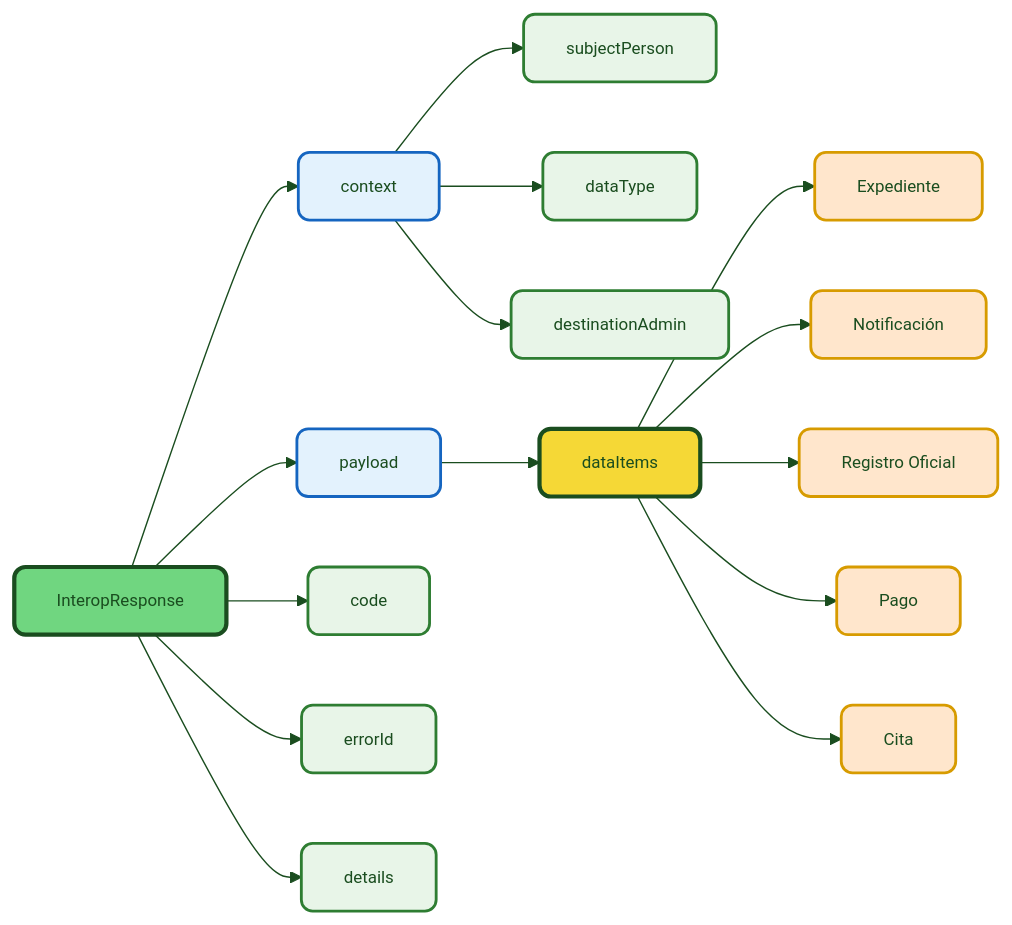
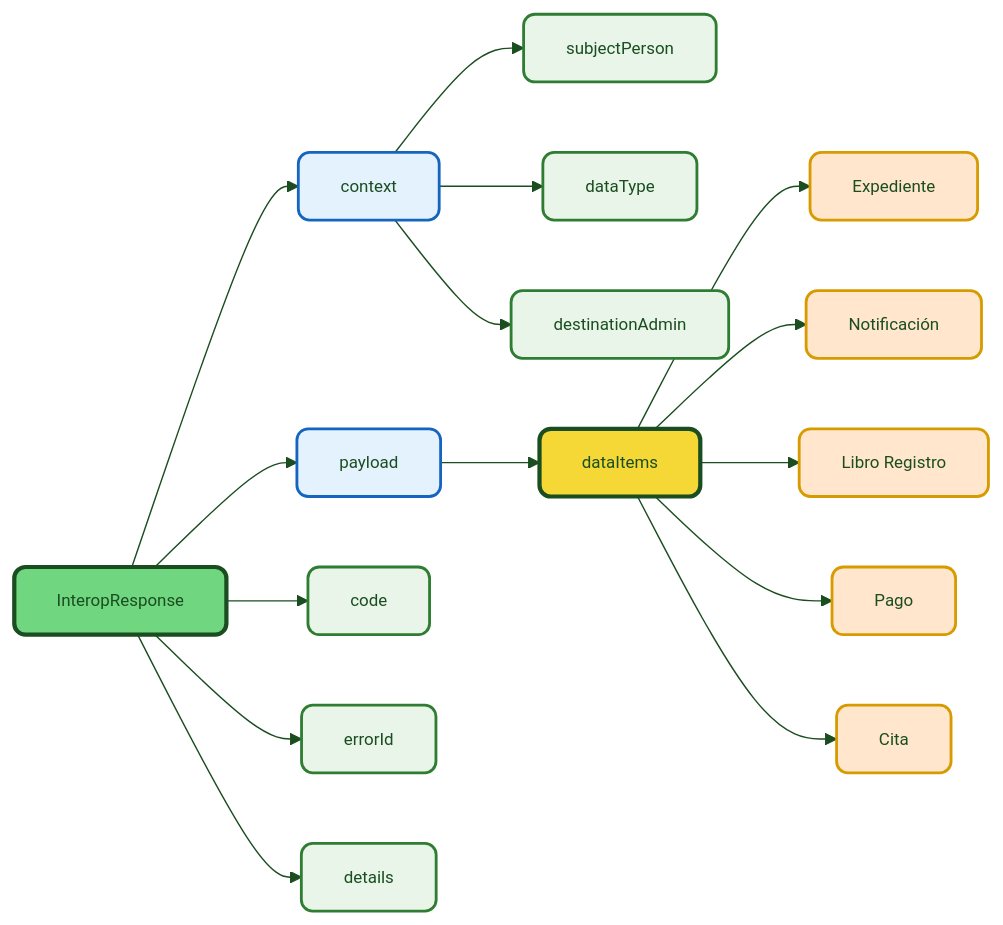
Before and after one commit to DENA-Euskadi/dena-euskadi.github.io: the third of 3 diagrams in docs/semantica/data-retrieve/index.md, drawn with Mermaid. The commit also changed other lines of this file and 75 other files, not shown here.

````diff
--- a/docs/semantica/data-retrieve/index.md
+++ b/docs/semantica/data-retrieve/index.md
@@ -305,52 +316,52 @@
 ```mermaid
 ---
 config:
   theme: base
   themeVariables:
     primaryColor: "#FFFFFF"
     primaryTextColor: "#1a4d1f"
     primaryBorderColor: "#70d680"
     lineColor: "#1a4d1f"
     fontSize: "12px"
     fontFamily: "Manrope, sans-serif"
 ---
 flowchart LR
     ROOT["InteropResponse"] --> CTX["context"]
     ROOT --> PAYLOAD["payload"]
     ROOT --> CODE["code"]
     ROOT --> ERRID["errorId"]
     ROOT --> DETAILS["details"]
 
     CTX --> PERSON["subjectPerson"]
     CTX --> DTYPE["dataType"]
     CTX --> DEST["destinationAdmin"]
 
     PAYLOAD --> ITEMS["dataItems"]
     ITEMS --> RECORD["Expediente"]
     ITEMS --> NOTICE["Notificación"]
-    ITEMS --> REGISTRY["Registro Oficial"]
+    ITEMS --> REGISTRY["Libro Registro"]
     ITEMS --> PAYMENT["Pago"]
     ITEMS --> SCHEDULE["Cita"]
 
     click RECORD "./data/expediente/" "Ver documentación de Expediente"
     click NOTICE "./data/notificacion/" "Ver documentación de Notificación"
-    click REGISTRY "./data/registro-oficial/" "Ver documentación de Registro Oficial"
+    click REGISTRY "./data/libro-registro/" "Ver documentación de Libro Registro"
     click PAYMENT "./data/pago/" "Ver documentación de Pagos"
     click SCHEDULE "./data/cita/" "Ver documentación de Cita"
 
     style ROOT fill:#70d680,stroke:#1a4d1f,color:#1a4d1f,stroke-width:3px,rx:8,ry:8
     style CTX fill:#e3f2fd,stroke:#1565c0,color:#1a4d1f,stroke-width:2px,rx:8,ry:8
     style PAYLOAD fill:#e3f2fd,stroke:#1565c0,color:#1a4d1f,stroke-width:2px,rx:8,ry:8
     style CODE fill:#e8f5e8,stroke:#2e7d32,color:#1a4d1f,stroke-width:2px,rx:8,ry:8
     style ERRID fill:#e8f5e8,stroke:#2e7d32,color:#1a4d1f,stroke-width:2px,rx:8,ry:8
     style DETAILS fill:#e8f5e8,stroke:#2e7d32,color:#1a4d1f,stroke-width:2px,rx:8,ry:8
     style PERSON fill:#e8f5e8,stroke:#2e7d32,color:#1a4d1f,stroke-width:2px,rx:8,ry:8
     style DTYPE fill:#e8f5e8,stroke:#2e7d32,color:#1a4d1f,stroke-width:2px,rx:8,ry:8
     style DEST fill:#e8f5e8,stroke:#2e7d32,color:#1a4d1f,stroke-width:2px,rx:8,ry:8
     style ITEMS fill:#f5d836,stroke:#1a4d1f,color:#1a4d1f,stroke-width:3px,rx:8,ry:8
     style RECORD fill:#ffe6cc,stroke:#d79b00,color:#1a4d1f,stroke-width:2px,rx:8,ry:8
     style NOTICE fill:#ffe6cc,stroke:#d79b00,color:#1a4d1f,stroke-width:2px,rx:8,ry:8
     style REGISTRY fill:#ffe6cc,stroke:#d79b00,color:#1a4d1f,stroke-width:2px,rx:8,ry:8
     style PAYMENT fill:#ffe6cc,stroke:#d79b00,color:#1a4d1f,stroke-width:2px,rx:8,ry:8
     style SCHEDULE fill:#ffe6cc,stroke:#d79b00,color:#1a4d1f,stroke-width:2px,rx:8,ry:8
 ```
````
